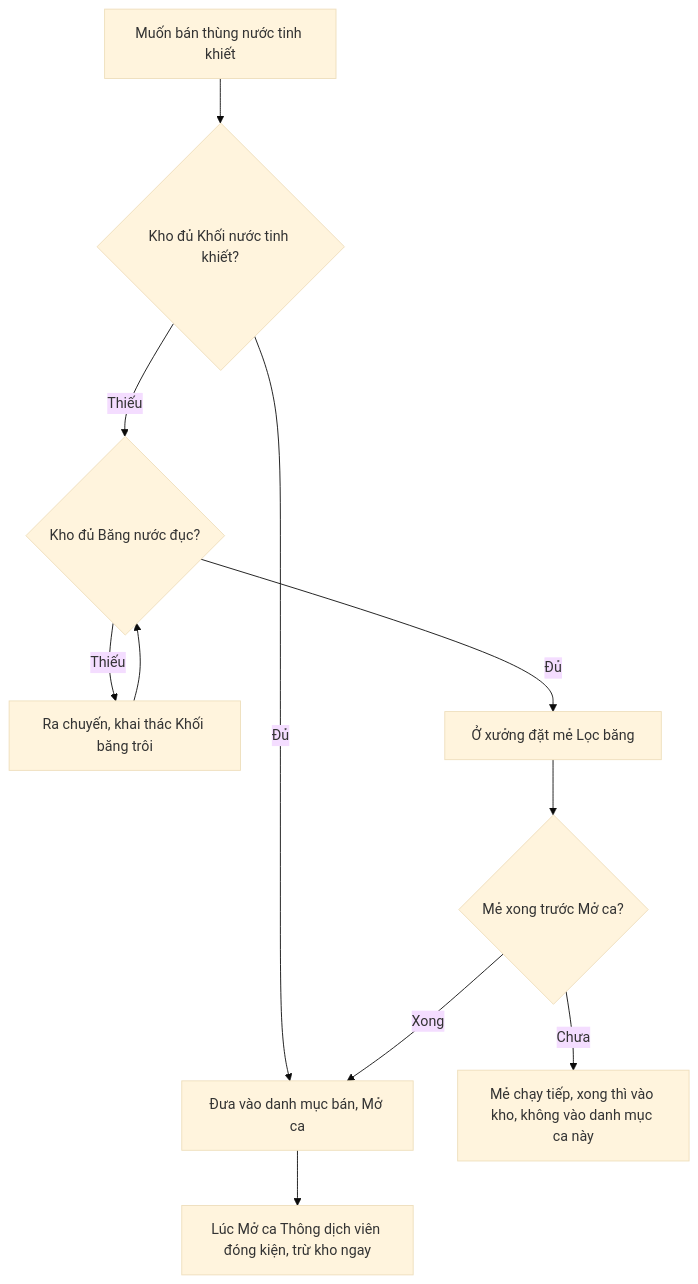
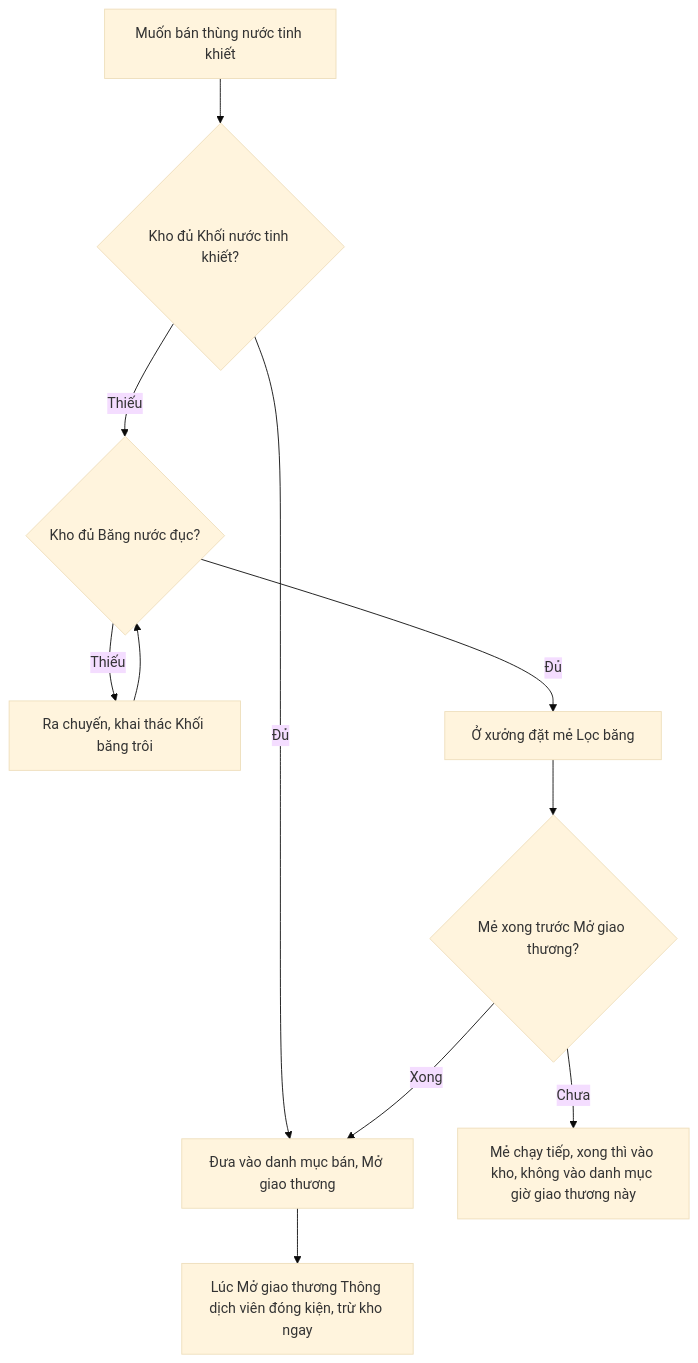
One commit to huycv18/DATN-SP27 changed the second of 2 diagrams in projects/game-moi/book/phan-2/05-vat-pham.md. Above: the diagram before and after it, drawn with Mermaid (base theme). The commit also changed other lines of this file and 81 other files, not shown here.

Commit message:
Đổi tên ca cảng thành Giờ Giao Thương (Trade Hour): GDD, Book, TSV 25 tab, strings, sim, tool, prompt agent. Đếm là lượt giao thương, nút Mở bán, Nghỉ bán, màn Tổng kết giao thương. Luật và số giữ nguyên, sim kinh tế chạy lại không đổi số

````diff
--- a/projects/game-moi/book/phan-2/05-vat-pham.md
+++ b/projects/game-moi/book/phan-2/05-vat-pham.md
@@ -191,13 +191,13 @@
 ```mermaid
 flowchart TD
   A["Muốn bán thùng nước tinh khiết"] --> B{"Kho đủ Khối nước tinh khiết?"}
   B -->|Đủ| H
   B -->|Thiếu| C{"Kho đủ Băng nước đục?"}
   C -->|Thiếu| D["Ra chuyến, khai thác Khối băng trôi"]
   D --> C
   C -->|Đủ| E["Ở xưởng đặt mẻ Lọc băng"]
-  E --> F{"Mẻ xong trước Mở ca?"}
-  F -->|Chưa| G["Mẻ chạy tiếp, xong thì vào kho, không vào danh mục ca này"]
-  F -->|Xong| H["Đưa vào danh mục bán, Mở ca"]
-  H --> I["Lúc Mở ca Thông dịch viên đóng kiện, trừ kho ngay"]
+  E --> F{"Mẻ xong trước Mở giao thương?"}
+  F -->|Chưa| G["Mẻ chạy tiếp, xong thì vào kho, không vào danh mục giờ giao thương này"]
+  F -->|Xong| H["Đưa vào danh mục bán, Mở giao thương"]
+  H --> I["Lúc Mở giao thương Thông dịch viên đóng kiện, trừ kho ngay"]
 ```
````
